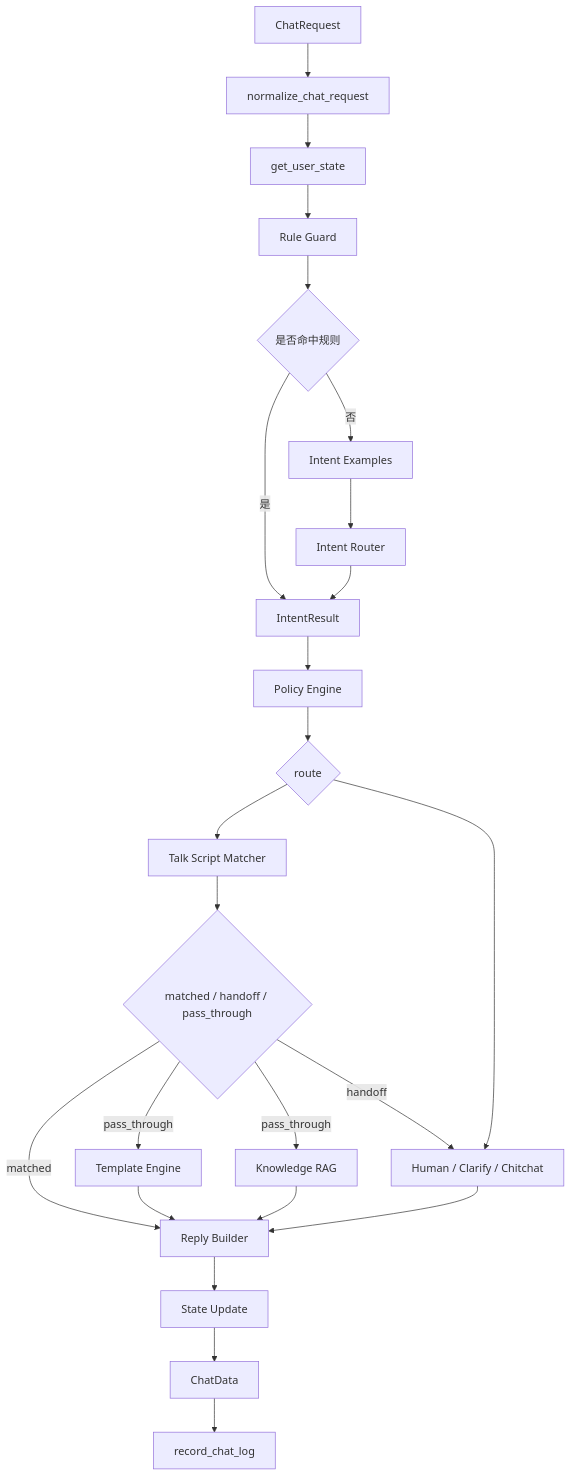
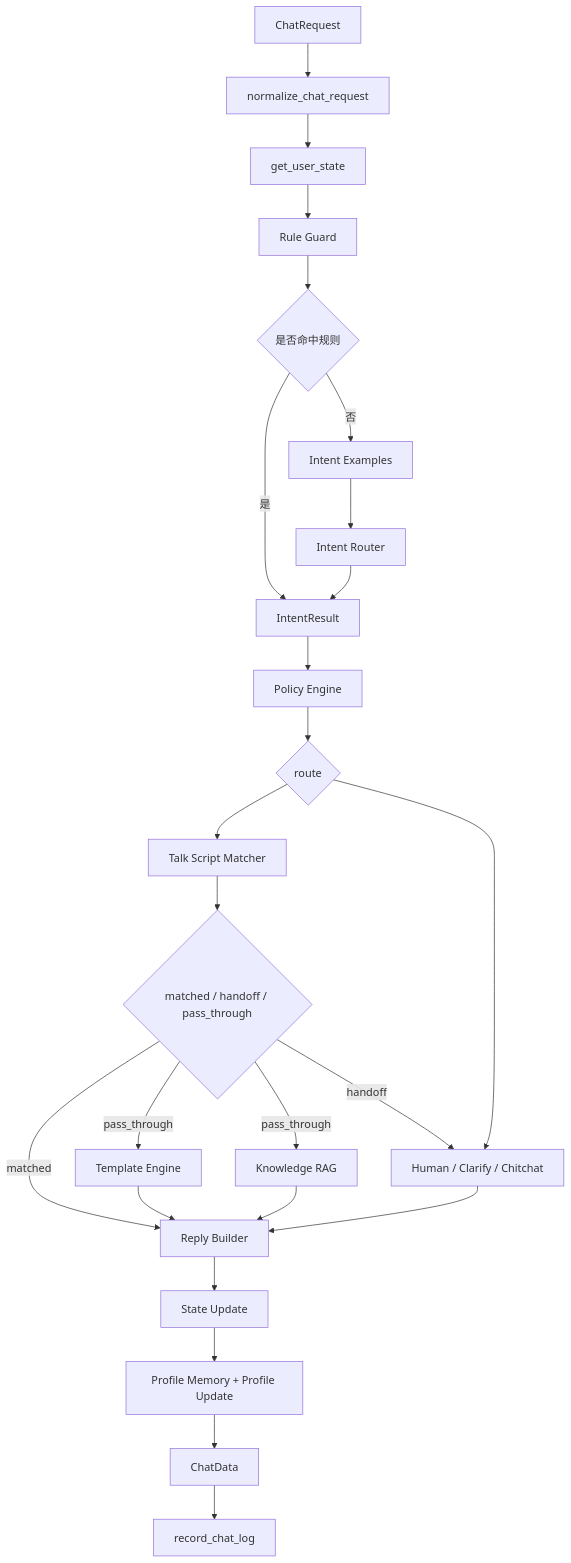
The first of 3 diagrams in docs/backend_core_framework.md (yuewithme/intelligent-customer-service), drawn with Mermaid before and after one commit. The commit also changed other lines of this file and 20 other files, not shown here.

````diff
--- a/docs/backend_core_framework.md
+++ b/docs/backend_core_framework.md
@@ -443,26 +528,27 @@
 ```mermaid
 flowchart TD
   A["ChatRequest"] --> B["normalize_chat_request"]
   B --> C["get_user_state"]
   C --> D["Rule Guard"]
   D --> E{"是否命中规则"}
   E -- 否 --> F["Intent Examples"]
   F --> G["Intent Router"]
   E -- 是 --> H["IntentResult"]
   G --> H
   H --> I["Policy Engine"]
   I --> J{"route"}
   J --> R["Talk Script Matcher"]
   R --> S{"matched / handoff / pass_through"}
   S -- matched --> N
   S -- handoff --> M
   S -- pass_through --> K["Template Engine"]
   S -- pass_through --> L["Knowledge RAG"]
   J --> M["Human / Clarify / Chitchat"]
   K --> N["Reply Builder"]
   L --> N
   M --> N
   N --> O["State Update"]
-  O --> P["ChatData"]
+  O --> U["Profile Memory + Profile Update"]
+  U --> P["ChatData"]
   P --> Q["record_chat_log"]
 ```
````
